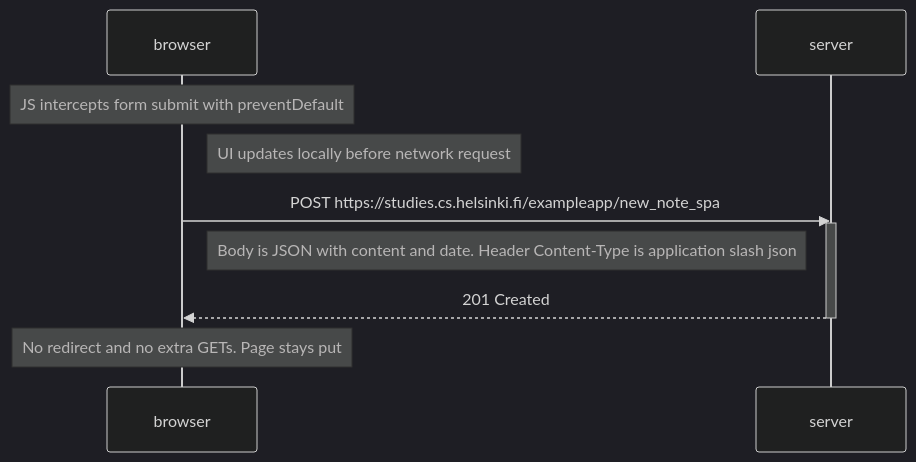
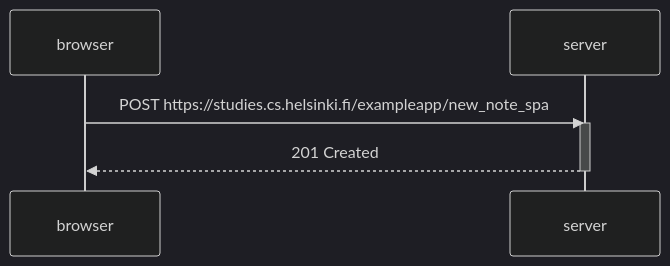
The third of 3 diagrams in part0/diagrams.md (Waltberry/fullstack-open), drawn with Mermaid (dark theme) before and after one commit. The commit also changed other lines of this file, not shown here.

````diff
--- a/part0/diagrams.md
+++ b/part0/diagrams.md
@@ -58,16 +56,13 @@
 ```mermaid
 sequenceDiagram
     participant browser
     participant server
 
-    Note over browser: JS intercepts form submit with preventDefault
-    Note right of browser: UI updates locally before network request
 
     browser->>server: POST https://studies.cs.helsinki.fi/exampleapp/new_note_spa
     activate server
-    Note right of browser: Body is JSON with content and date. Header Content-Type is application slash json
+
     server-->>browser: 201 Created
     deactivate server
 
-    Note over browser: No redirect and no extra GETs. Page stays put
 ```
````
